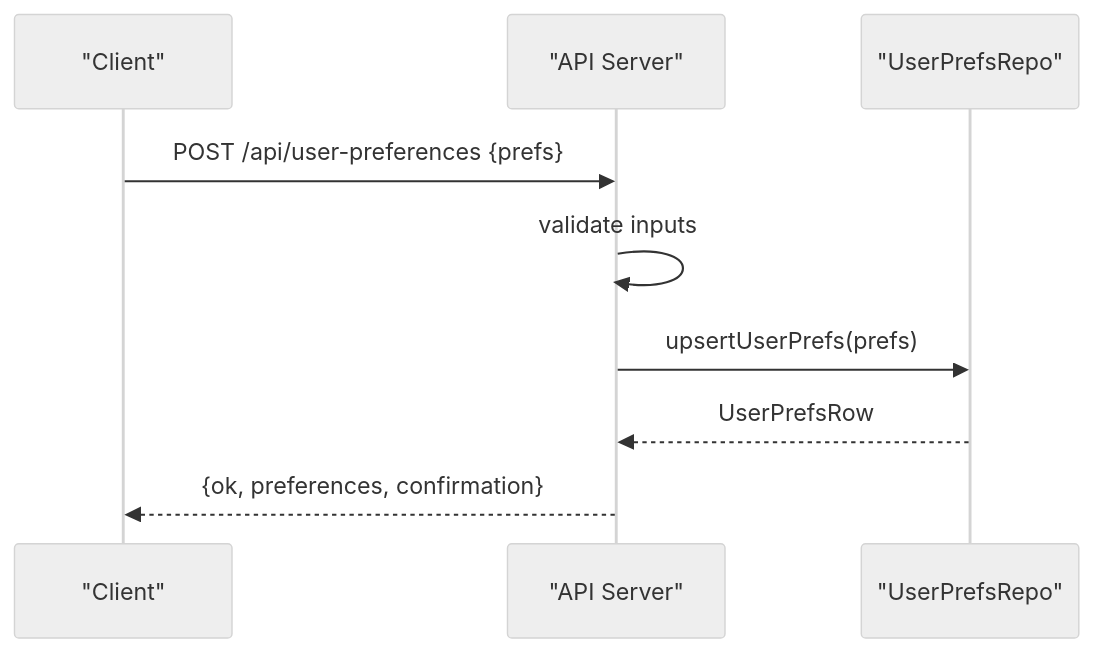
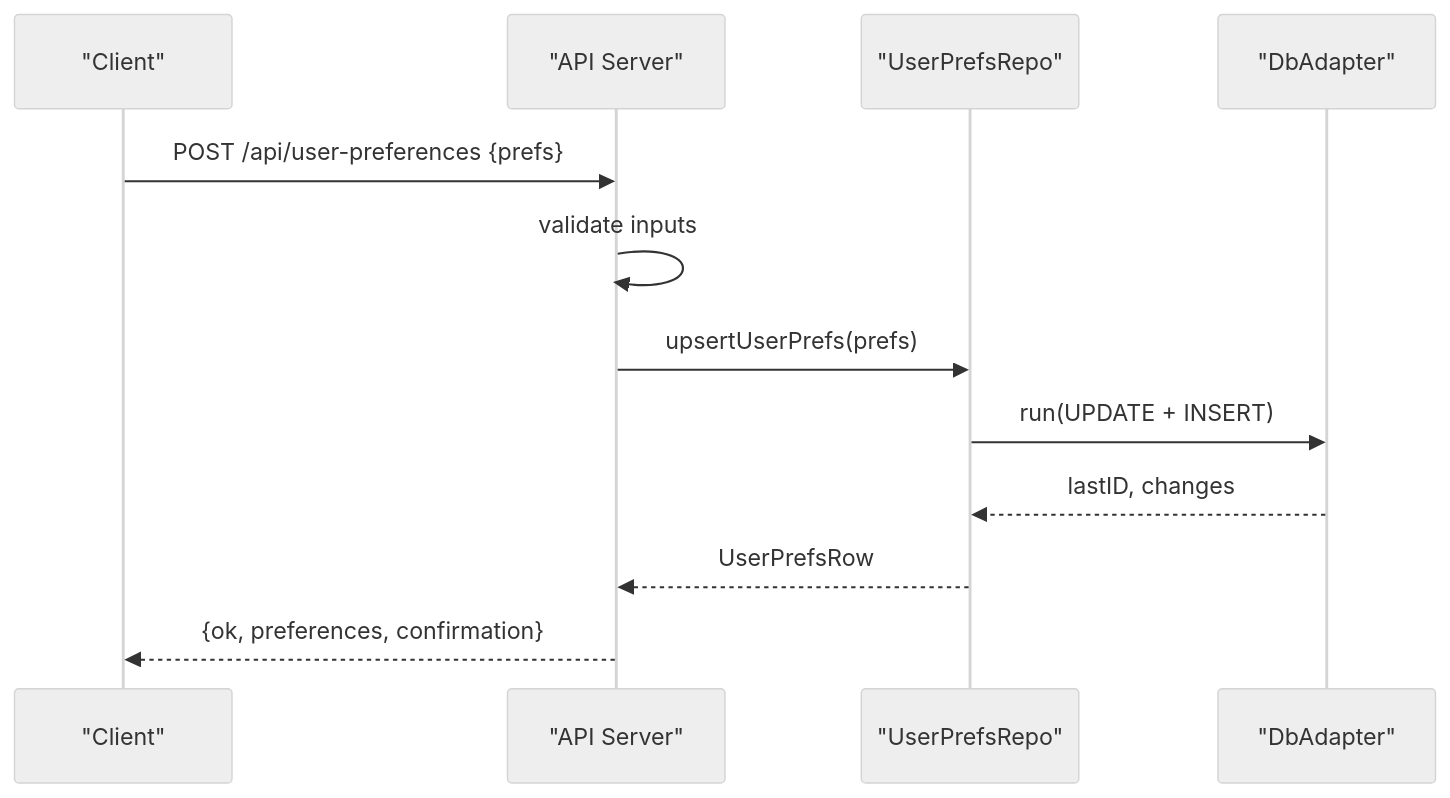
Before and after one commit to aravinthraj-ramalingam/Groww-App-Review-Insights-Analyzer-: the seventh of 8 diagrams in .qoder/repowiki/en/content/Phase 2_ Advanced Analytics & Automation/User Preferences Management.md, drawn with Mermaid (neutral theme). The commit also changed other lines of this file and 10 other files, not shown here.

````diff
--- a/.qoder/repowiki/en/content/Phase 2_ Advanced Analytics & Automation/User Preferences Management.md
+++ b/.qoder/repowiki/en/content/Phase 2_ Advanced Analytics & Automation/User Preferences Management.md
@@ -323,11 +394,14 @@
 ```mermaid
 sequenceDiagram
 participant Client as "Client"
 participant API as "API Server"
 participant Pref as "UserPrefsRepo"
+participant DBAdapter as "DbAdapter"
 Client->>API : POST /api/user-preferences {prefs}
 API->>API : validate inputs
 API->>Pref : upsertUserPrefs(prefs)
+Pref->>DBAdapter : run(UPDATE + INSERT)
+DBAdapter-->>Pref : lastID, changes
 Pref-->>API : UserPrefsRow
 API-->>Client : {ok, preferences, confirmation}
 ```
````
